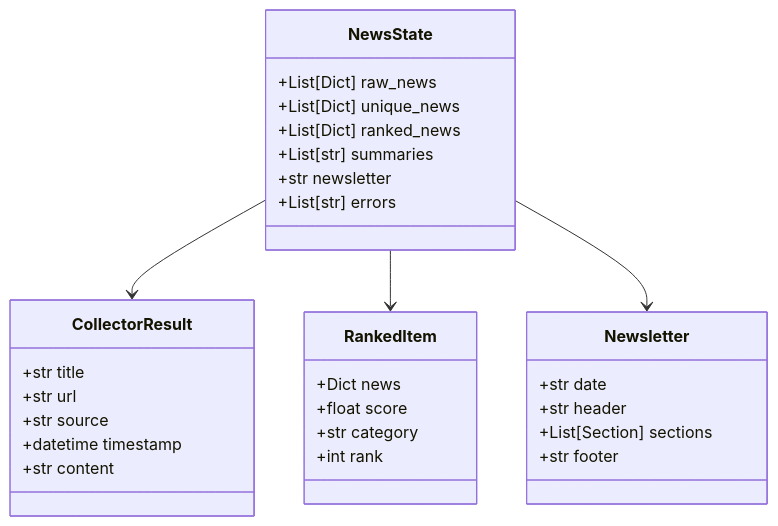
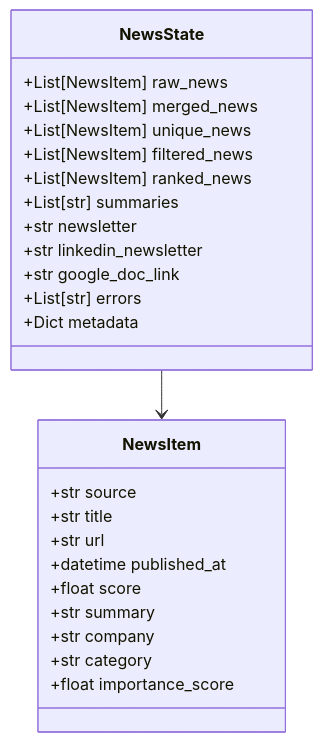
The ninth of 9 diagrams in docs/ARCHITECTURE.md (himanshu231204/ai-news-intelligence), drawn with Mermaid before and after one commit. The commit also changed other lines of this file and 8 other files, not shown here.

First line of the commit message:
Enhance architecture and deployment documentation; optimize Dockerfile and Render configuration

````diff
--- a/docs/ARCHITECTURE.md
+++ b/docs/ARCHITECTURE.md
@@ -608,37 +365,30 @@
 ```mermaid
 classDiagram
     class NewsState {
-        +List[Dict] raw_news
-        +List[Dict] unique_news
-        +List[Dict] ranked_news
+        +List[NewsItem] raw_news
+        +List[NewsItem] merged_news
+        +List[NewsItem] unique_news
+        +List[NewsItem] filtered_news
+        +List[NewsItem] ranked_news
         +List[str] summaries
         +str newsletter
+        +str linkedin_newsletter
+        +str google_doc_link
         +List[str] errors
+        +Dict metadata
     }
     
-    class CollectorResult {
+    class NewsItem {
+        +str source
         +str title
         +str url
-        +str source
-        +datetime timestamp
-        +str content
+        +datetime published_at
+        +float score
+        +str summary
+        +str company
+        +str category
+        +float importance_score
     }
     
-    class RankedItem {
-        +Dict news
-        +float score
-        +str category
-        +int rank
-    }
-    
-    class Newsletter {
-        +str date
-        +str header
-        +List[Section] sections
-        +str footer
-    }
-    
-    NewsState --> CollectorResult
-    NewsState --> RankedItem
-    NewsState --> Newsletter
+    NewsState --> NewsItem
 ```
````
